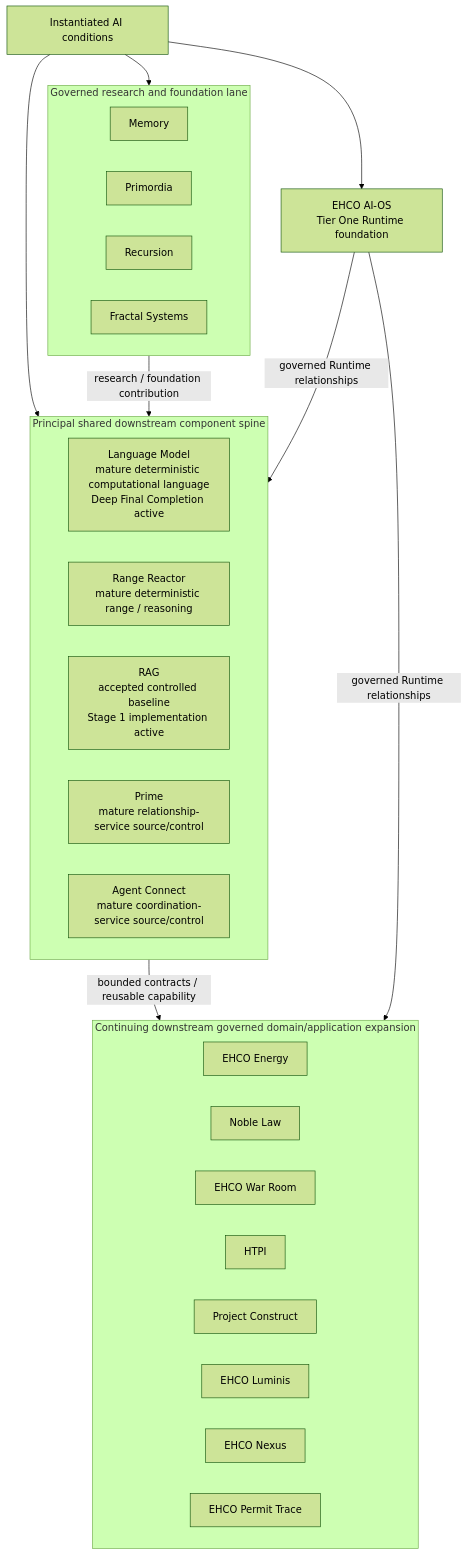
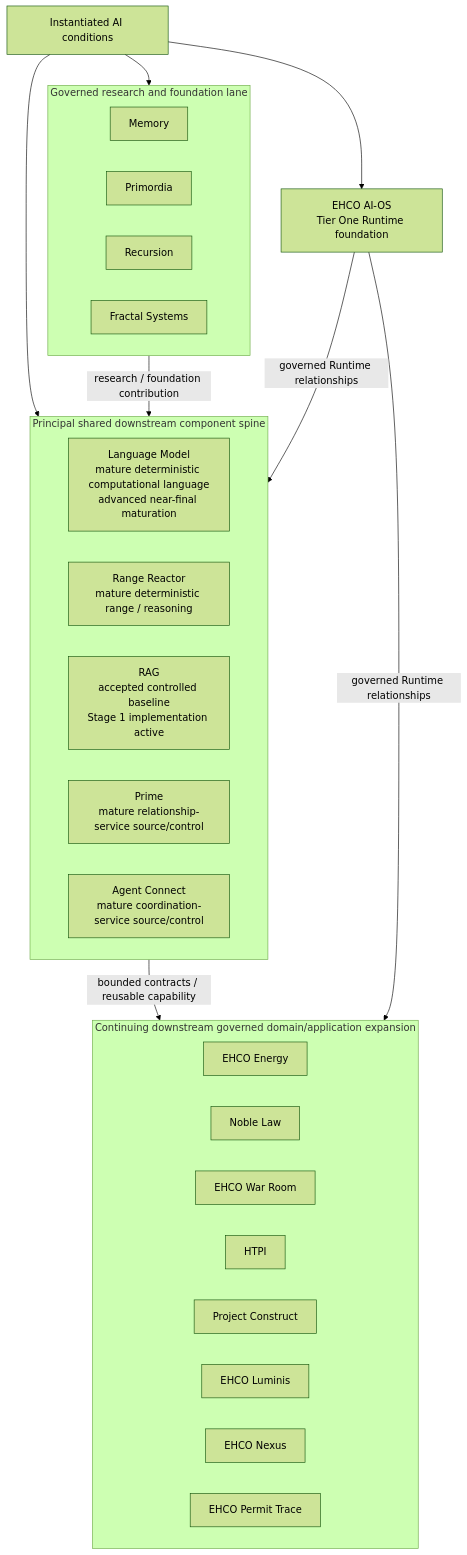
Before and after one commit to EHCOnomics-Systems/EHCOsystem: the third of 4 diagrams in architecture/diagrams/README.md, drawn with Mermaid (forest theme). The commit also changed other lines of this file, not shown here.

Commit message:
Recast diagram maturity labels by capability

````diff
--- a/architecture/diagrams/README.md
+++ b/architecture/diagrams/README.md
@@ -67,39 +67,39 @@
 ```mermaid
 flowchart TD
     CAT[Instantiated AI conditions]
     RT[EHCO AI-OS<br/>Tier One Runtime foundation]
 
     subgraph Spine[Principal shared downstream component spine]
-        LM[Language Model<br/>mature deterministic computational language<br/>Deep Final Completion active]
+        LM[Language Model<br/>mature deterministic computational language<br/>advanced near-final maturation]
         RR[Range Reactor<br/>mature deterministic range / reasoning]
         RAG[RAG<br/>accepted controlled baseline<br/>Stage 1 implementation active]
         PRIME[Prime<br/>mature relationship-service source/control]
         AC[Agent Connect<br/>mature coordination-service source/control]
     end
 
     subgraph Research[Governed research and foundation lane]
         MEM[Memory]
         PRIM[Primordia]
         REC[Recursion]
         FRA[Fractal Systems]
     end
 
     subgraph Apps[Continuing downstream governed domain/application expansion]
         EN[EHCO Energy]
         NL[Noble Law]
         WR[EHCO War Room]
         H[HTPI]
         PC[Project Construct]
         LU[EHCO Luminis]
         N[EHCO Nexus]
         PT[EHCO Permit Trace]
     end
 
     CAT --> RT
     CAT --> Spine
     CAT --> Research
     Spine -->|bounded contracts / reusable capability| Apps
     Research -->|research / foundation contribution| Spine
     RT -->|governed Runtime relationships| Spine
     RT -->|governed Runtime relationships| Apps
 ```
````
